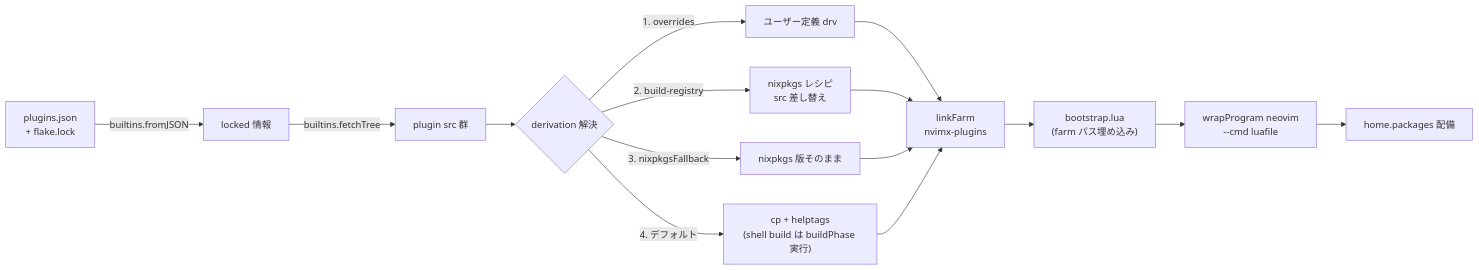
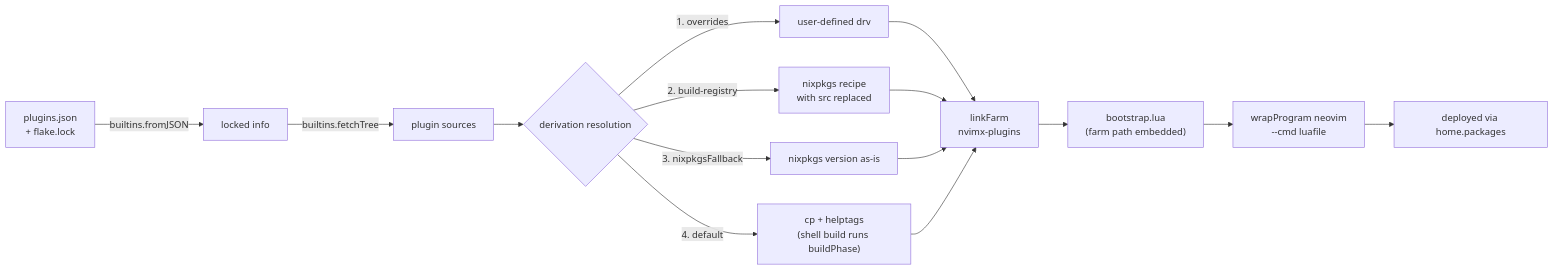
One commit to myuron/nvimx changed the third of 3 diagrams in docs/architecture.md. Above: the diagram before and after it, drawn with Mermaid. The commit also changed other lines of this file and 21 other files, not shown here.

````diff
--- a/docs/architecture.md
+++ b/docs/architecture.md
@@ -97,14 +97,14 @@
 ```mermaid
 flowchart LR
-    A["plugins.json<br/>+ flake.lock"] -- "builtins.fromJSON" --> B["locked 情報"]
-    B -- "builtins.fetchTree" --> C["plugin src 群"]
-    C --> D{"derivation 解決"}
-    D -- "1. overrides" --> E["ユーザー定義 drv"]
-    D -- "2. build-registry" --> F["nixpkgs レシピ<br/>src 差し替え"]
-    D -- "3. nixpkgsFallback" --> G["nixpkgs 版そのまま"]
-    D -- "4. デフォルト" --> H["cp + helptags<br/>(shell build は buildPhase 実行)"]
+    A["plugins.json<br/>+ flake.lock"] -- "builtins.fromJSON" --> B["locked info"]
+    B -- "builtins.fetchTree" --> C["plugin sources"]
+    C --> D{"derivation resolution"}
+    D -- "1. overrides" --> E["user-defined drv"]
+    D -- "2. build-registry" --> F["nixpkgs recipe<br/>with src replaced"]
+    D -- "3. nixpkgsFallback" --> G["nixpkgs version as-is"]
+    D -- "4. default" --> H["cp + helptags<br/>(shell build runs buildPhase)"]
     E & F & G & H --> I["linkFarm<br/>nvimx-plugins"]
-    I --> J["bootstrap.lua<br/>(farm パス埋め込み)"]
+    I --> J["bootstrap.lua<br/>(farm path embedded)"]
     J --> K["wrapProgram neovim<br/>--cmd luafile"]
-    K --> M["home.packages 配備"]
+    K --> M["deployed via home.packages"]
 ```
````
